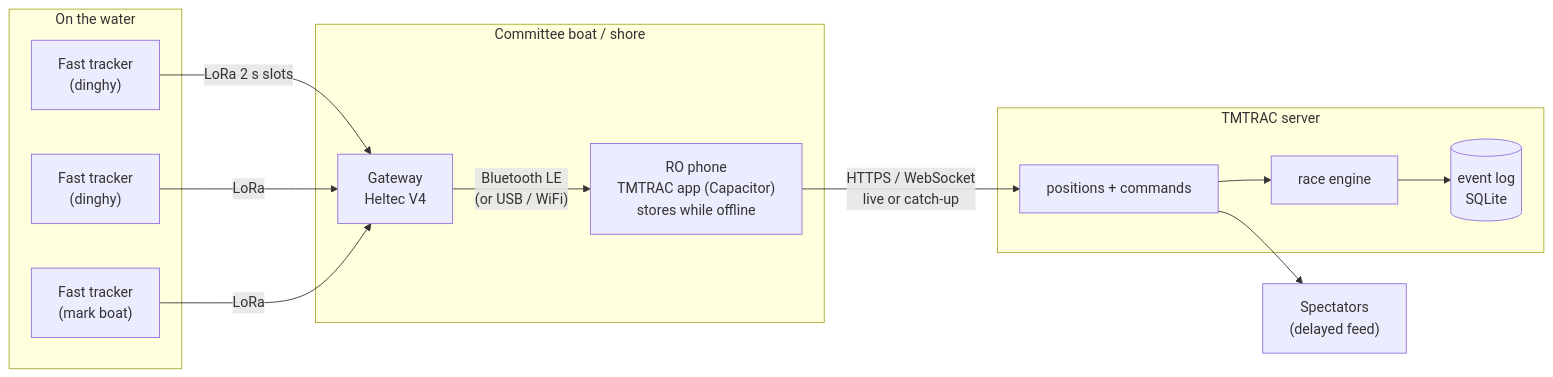
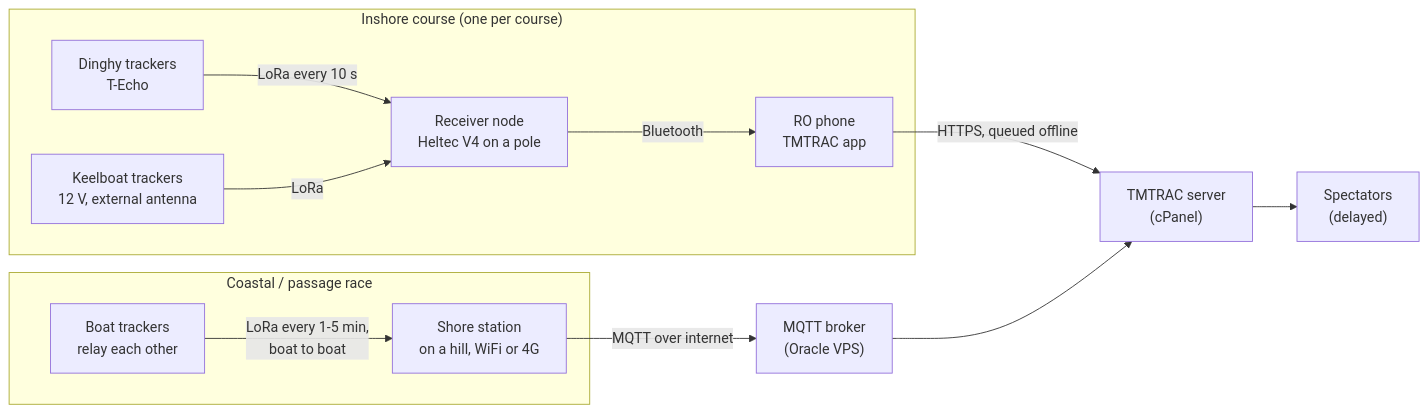
One commit to feelgoodinc183/boat-tracker changed the diagram in docs/PLAN.md. Above: the diagram before and after it, drawn with Mermaid. The commit also changed other lines of this file and 6 other files, not shown here.

````diff
--- a/docs/PLAN.md
+++ b/docs/PLAN.md
@@ -70,26 +40,25 @@
 ```mermaid
 flowchart LR
-  subgraph Water["On the water"]
-    T1["Fast tracker<br/>(dinghy)"]
-    T2["Fast tracker<br/>(dinghy)"]
-    TM["Fast tracker<br/>(mark boat)"]
+  subgraph Inshore["Inshore course (one per course)"]
+    DT["Dinghy trackers<br/>T-Echo"]
+    KT["Keelboat trackers<br/>12 V, external antenna"]
+    RX["Receiver node<br/>Heltec V4 on a pole"]
+    RO["RO phone<br/>TMTRAC app"]
   end
-  subgraph Venue["Committee boat / shore"]
-    GW["Gateway<br/>Heltec V4"]
-    RO["RO phone<br/>TMTRAC app (Capacitor)<br/>stores while offline"]
+  subgraph Coastal["Coastal / passage race"]
+    B1["Boat trackers<br/>relay each other"]
+    SS["Shore station<br/>on a hill, WiFi or 4G"]
   end
-  subgraph Server["TMTRAC server"]
-    API["positions + commands"]
-    ENG["race engine"]
-    LOG[("event log<br/>SQLite")]
-  end
-  SP["Spectators<br/>(delayed feed)"]
+  MQ["MQTT broker<br/>(Oracle VPS)"]
+  SRV["TMTRAC server<br/>(cPanel)"]
+  SP["Spectators<br/>(delayed)"]
 
-  T1 -- "LoRa 2 s slots" --> GW
-  T2 -- LoRa --> GW
-  TM -- LoRa --> GW
-  GW -- "Bluetooth LE<br/>(or USB / WiFi)" --> RO
-  RO -- "HTTPS / WebSocket<br/>live or catch-up" --> API
-  API --> ENG --> LOG
-  API --> SP
+  DT -- "LoRa every 10 s" --> RX
+  KT -- LoRa --> RX
+  RX -- Bluetooth --> RO
+  RO -- "HTTPS, queued offline" --> SRV
+  B1 -- "LoRa every 1-5 min,<br/>boat to boat" --> SS
+  SS -- "MQTT over internet" --> MQ
+  MQ --> SRV
+  SRV --> SP
 ```
````
